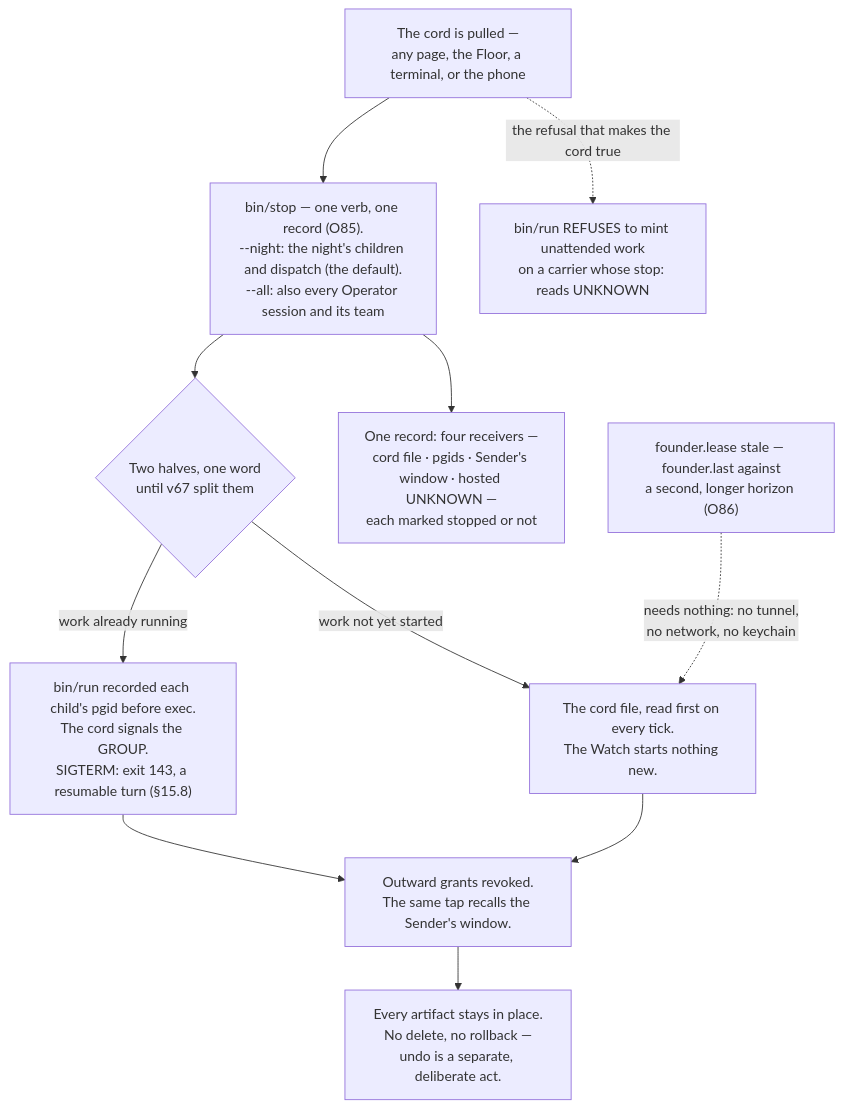
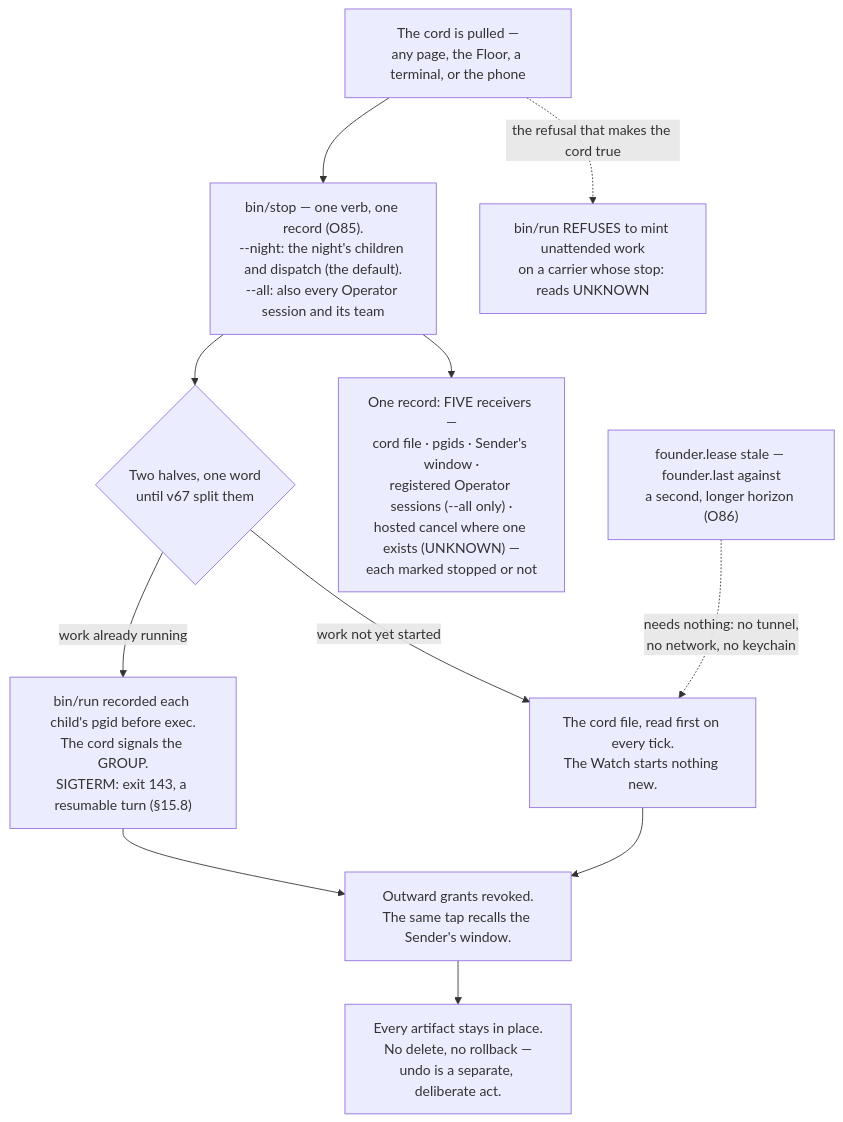
One commit to Adam077K/agentvibe changed the fifth of 5 diagrams in docs/03-system-design/final-v2/parts/12-control.md. Above: the diagram before and after it, drawn with Mermaid. The commit also changed other lines of this file and 19 other files, not shown here.

````diff
--- a/docs/03-system-design/final-v2/parts/12-control.md
+++ b/docs/03-system-design/final-v2/parts/12-control.md
@@ -646,13 +677,13 @@
 ```mermaid
 flowchart TD
     PULL["The cord is pulled —<br/>any page, the Floor, a terminal, or the phone"] --> VERB["bin/stop — one verb, one record (O85).<br/>--night: the night's children and dispatch (the default).<br/>--all: also every Operator session and its team"]
     VERB --> TWO{"Two halves, one word<br/>until v67 split them"}
     TWO -->|"work already running"| SIG["bin/run recorded each child's pgid before exec.<br/>The cord signals the GROUP.<br/>SIGTERM: exit 143, a resumable turn (§15.8)"]
     TWO -->|"work not yet started"| FILE["The cord file, read first on every tick.<br/>The Watch starts nothing new."]
     SIG --> HOLD["Outward grants revoked.<br/>The same tap recalls the Sender's window."]
     FILE --> HOLD
     HOLD --> KEEP["Every artifact stays in place.<br/>No delete, no rollback —<br/>undo is a separate, deliberate act."]
-    VERB --> REC["One record: four receivers —<br/>cord file · pgids · Sender's window · hosted UNKNOWN —<br/>each marked stopped or not"]
+    VERB --> REC["One record: FIVE receivers —<br/>cord file · pgids · Sender's window ·<br/>registered Operator sessions (--all only) ·<br/>hosted cancel where one exists (UNKNOWN) —<br/>each marked stopped or not"]
     PULL -.->|"the refusal that makes the cord true"| MINT["bin/run REFUSES to mint unattended work<br/>on a carrier whose stop: reads UNKNOWN"]
     LEASE["founder.lease stale — founder.last against<br/>a second, longer horizon (O86)"] -.->|"needs nothing: no tunnel,<br/>no network, no keychain"| FILE
 ```
````
